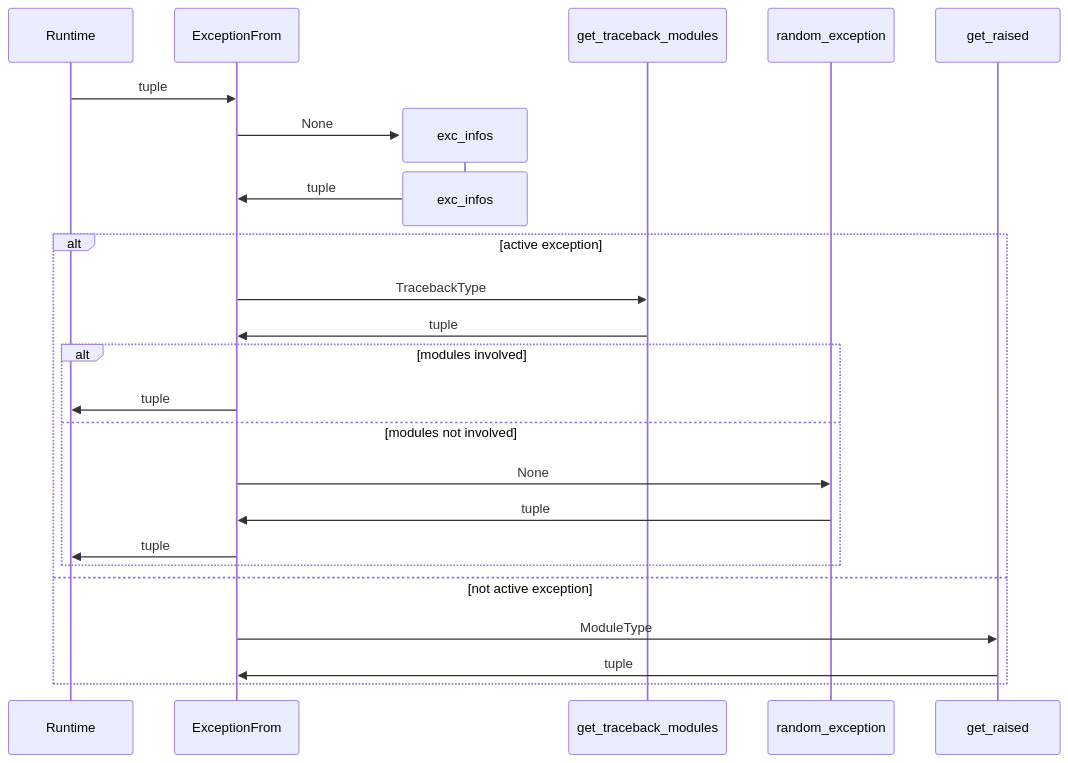
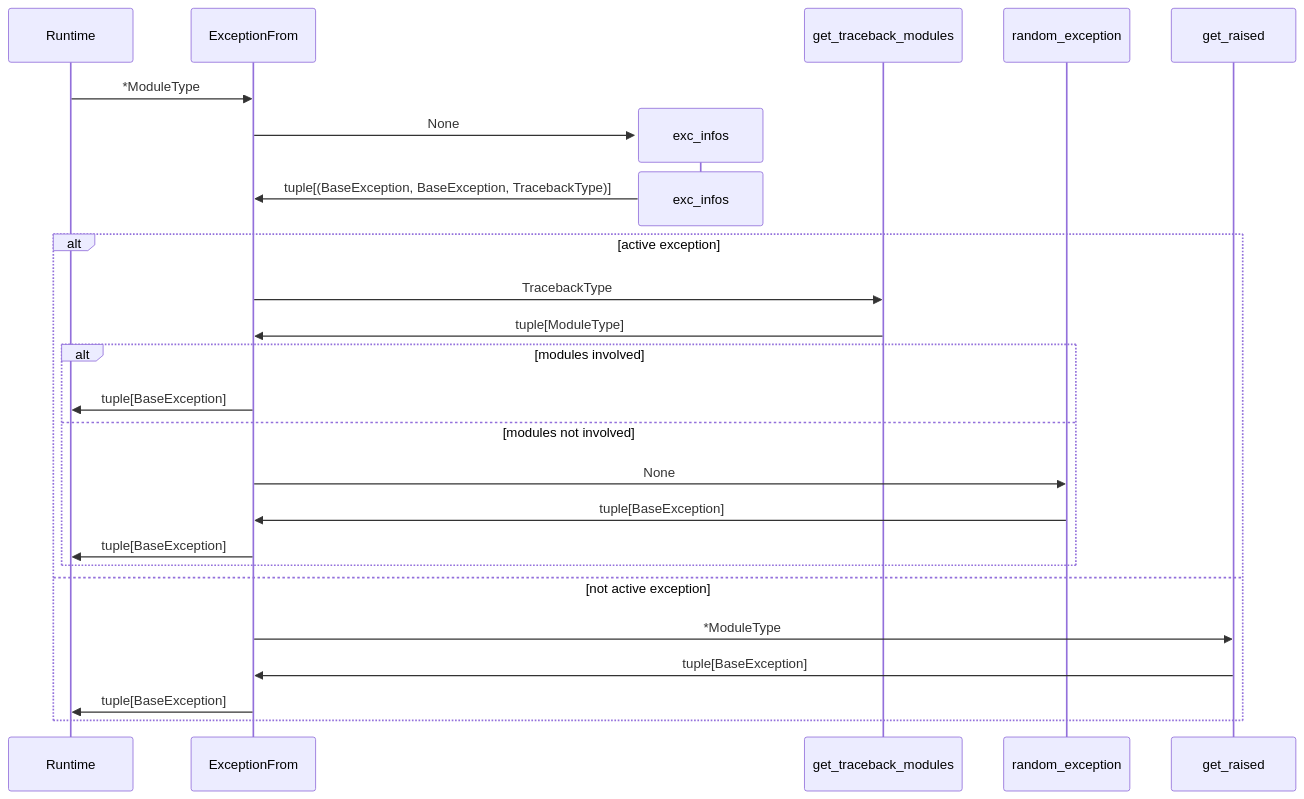
One commit to wfatherley/exceptlib changed the diagram in docs/source/sequence_diagrams.rst. Above: the diagram before and after it, drawn with Mermaid.

Commit message:
add more sequence diagram clarity

```diff
--- a/docs/source/sequence_diagrams.rst
+++ b/docs/source/sequence_diagrams.rst
@@ -10,22 +10,23 @@
 .. mermaid::
 
     sequenceDiagram
-        Runtime->>ExceptionFrom: tuple
+        Runtime->>ExceptionFrom:*ModuleType
         create participant exc_infos
         ExceptionFrom->>exc_infos: None
         destroy exc_infos
-        exc_infos->>ExceptionFrom: tuple
+        exc_infos->>ExceptionFrom:tuple[(BaseException, BaseException, TracebackType)]
         alt active exception
             ExceptionFrom->>get_traceback_modules: TracebackType
-            get_traceback_modules->>ExceptionFrom: tuple
+            get_traceback_modules->>ExceptionFrom: tuple[ModuleType]
             alt modules involved
-                ExceptionFrom->>Runtime: tuple
+                ExceptionFrom->>Runtime: tuple[BaseException]
             else modules not involved
                 ExceptionFrom->>random_exception: None
-                random_exception->>ExceptionFrom: tuple
-                ExceptionFrom->>Runtime: tuple
+                random_exception->>ExceptionFrom: tuple[BaseException]
+                ExceptionFrom->>Runtime: tuple[BaseException]
             end
         else not active exception
-            ExceptionFrom->>get_raised: ModuleType
-            get_raised->>ExceptionFrom: tuple
+            ExceptionFrom->>get_raised:*ModuleType
+            get_raised->>ExceptionFrom: tuple[BaseException]
+            ExceptionFrom->>Runtime: tuple[BaseException]
         end
```
